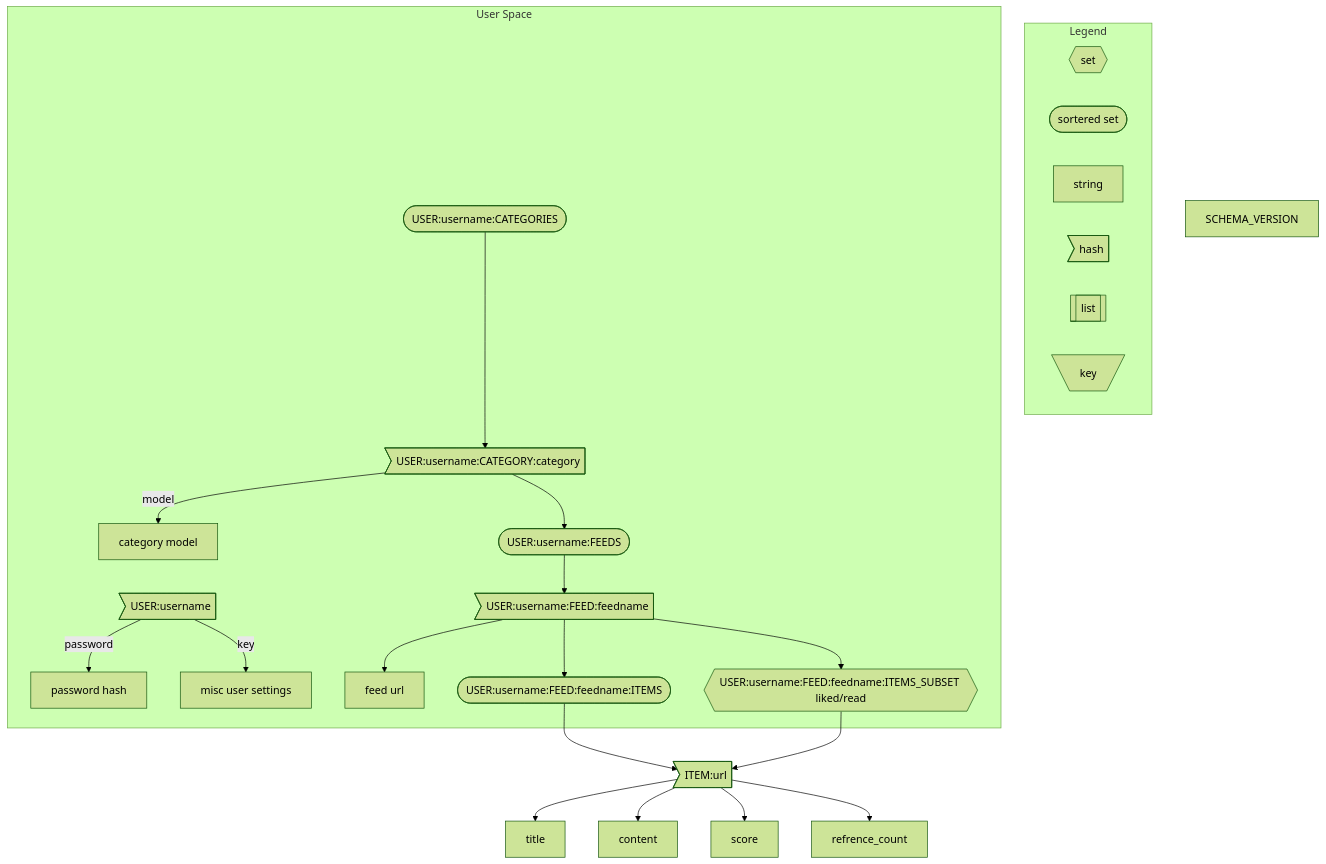
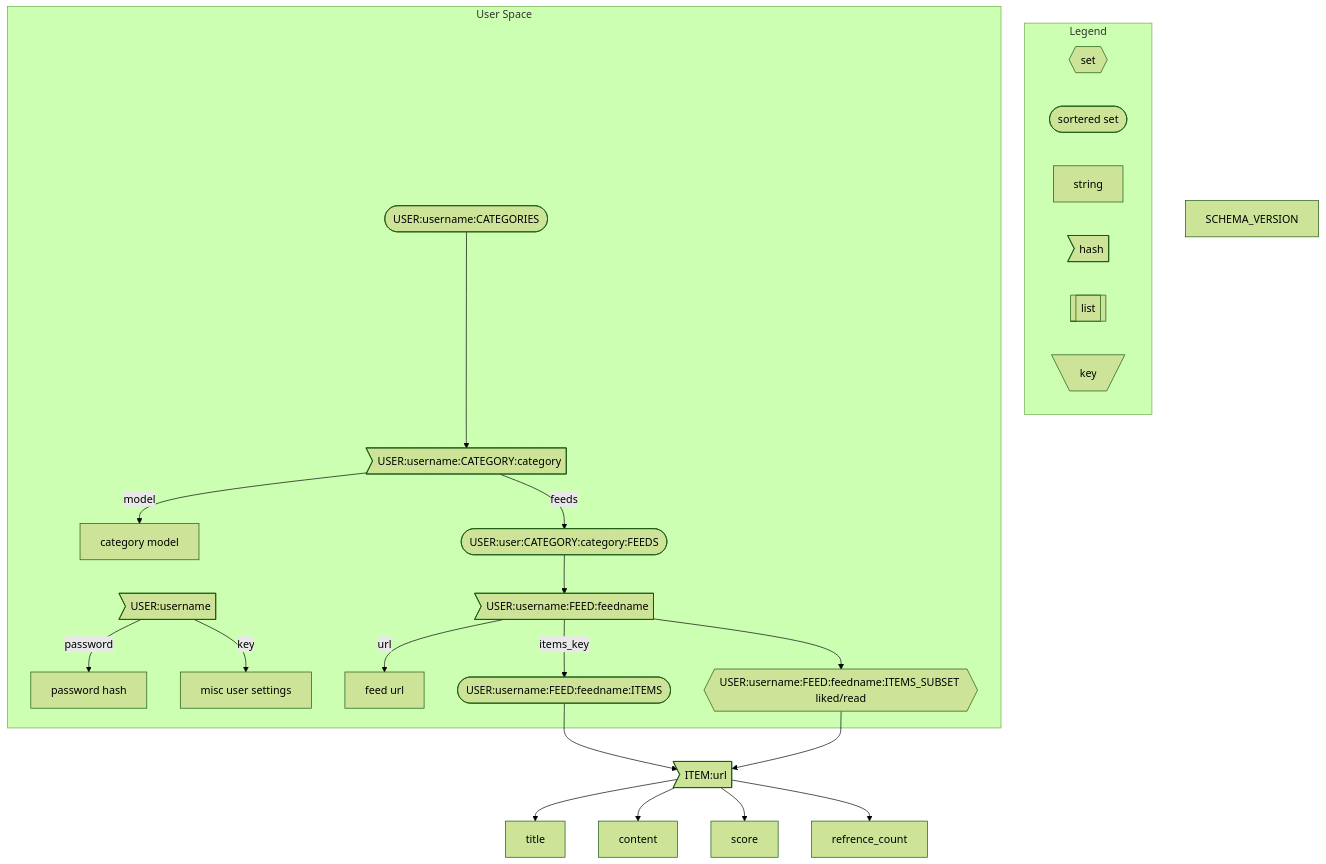
Before and after one commit to mullinmax/aggy: the first of 2 diagrams in README.md, drawn with Mermaid (forest theme). The commit also changed 2 other files, not shown here.

Commit message:
able to add categories

````diff
--- a/README.md
+++ b/README.md
@@ -24,46 +24,46 @@
 ```mermaid
 flowchart TB
 
     subgraph Legend
         direction LR
         set{{set}}
         ordered_set([sortered set])
         string[string]
         hash>hash]
         list[[list]]
         key[\key/]
     end
 
     subgraph User Space
         user>USER:username] 
         user--password--> password_hash[password hash]
         user--key-->misc_user_settings[misc user settings]
         
         categories([USER:username:CATEGORIES])
         category>USER:username:CATEGORY:category]
         category_model[category model]
-        feeds([USER:username:FEEDS])
+        category_feeds([USER:user:CATEGORY:category:FEEDS])
         feed>USER:username:FEED:feedname]
         feed_url[feed url]
         items([USER:username:FEED:feedname:ITEMS])
         items_subset{{USER:username:FEED:feedname:ITEMS_SUBSET liked/read}}
 
         categories --> category
         category --model--> category_model
-        category --> feeds
-        feeds --> feed
-        feed --> feed_url
-        feed --> items
+        category --feeds--> category_feeds
+        category_feeds --> feed
+        feed --url--> feed_url
+        feed --items_key--> items
         feed --> items_subset
     end
 
     items-->item
     items_subset-->item
     item>ITEM:url]
     item-->title
     item-->content
     item-->score
     item-->refrence_count
     schema_version[SCHEMA_VERSION]
 
 ```
````
